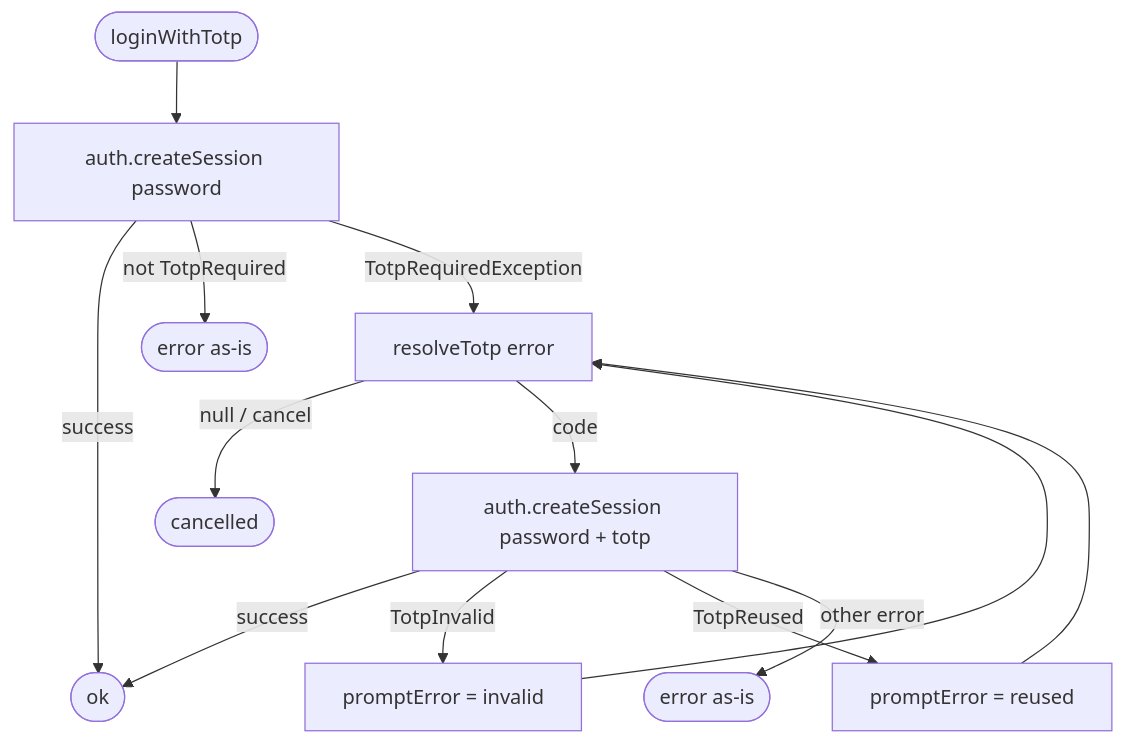
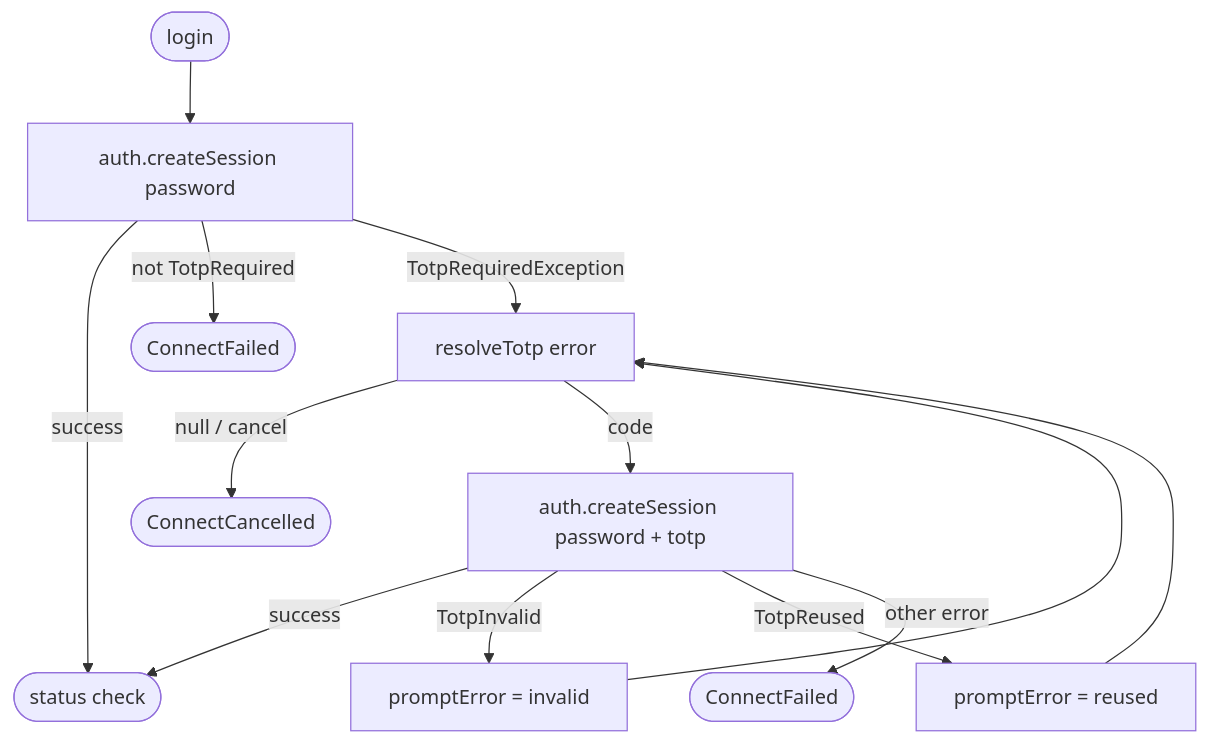
The sixth of 8 diagrams in docs/server-connection-flow.md (tsutsu3/pi-hole-client), drawn with Mermaid before and after one commit. The commit also changed other lines of this file and 23 other files, not shown here.

````diff
--- a/docs/server-connection-flow.md
+++ b/docs/server-connection-flow.md
@@ -179,13 +231,13 @@
 ```mermaid
 flowchart TD
-  A([loginWithTotp]) --> B[auth.createSession password]
-  B -- success --> S([ok])
-  B -- not TotpRequired --> T([error as-is])
+  A([login]) --> B[auth.createSession password]
+  B -- success --> S([status check])
+  B -- not TotpRequired --> T([ConnectFailed])
   B -- TotpRequiredException --> L[resolveTotp error]
-  L -- null / cancel --> X([cancelled])
+  L -- null / cancel --> X([ConnectCancelled])
   L -- code --> R[auth.createSession password + totp]
   R -- success --> S
   R -- TotpInvalid --> LI[promptError = invalid] --> L
   R -- TotpReused --> LR[promptError = reused] --> L
-  R -- other error --> E([error as-is])
+  R -- other error --> E([ConnectFailed])
 ```
````
